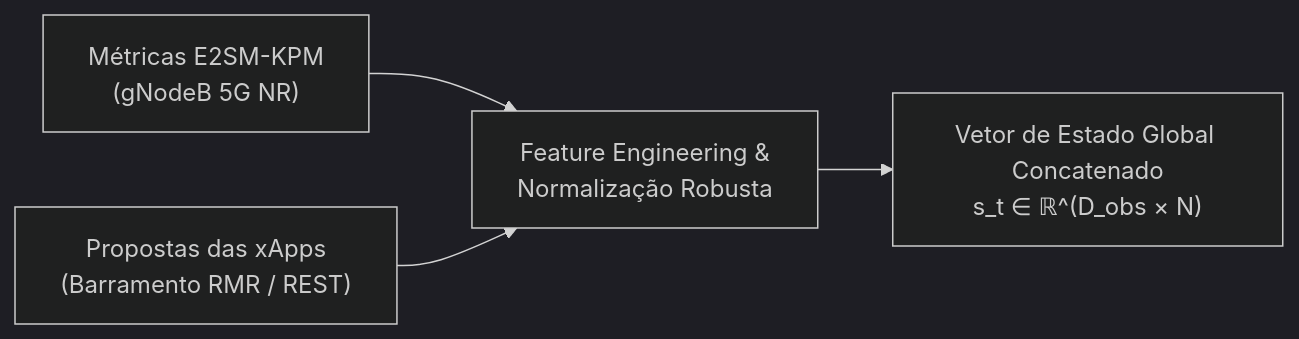
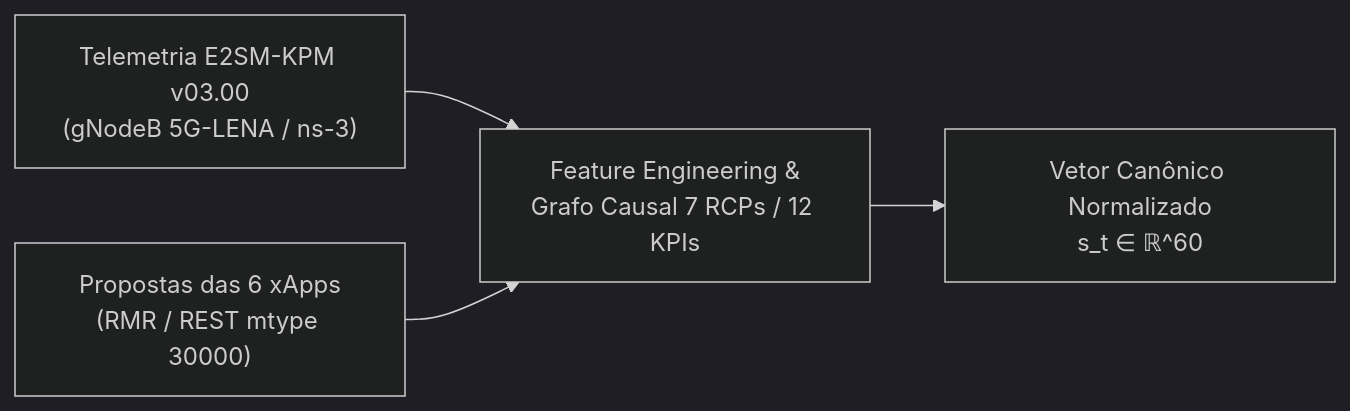
One commit to georgebarbosa3090/XApp-RDL-F2 changed the first of 4 diagrams in docs/01_arquitetura_e_modelagem_matematica.md. Above: the diagram before and after it, drawn with Mermaid (dark theme). The commit also changed other lines of this file and 45 other files, not shown here.

Commit message:
feat(docs,core,deploy): reorganize 17-volume docs sequence, purge mocks, fix container runtime lifecycle and rmr routing

````diff
--- a/docs/01_arquitetura_e_modelagem_matematica.md
+++ b/docs/01_arquitetura_e_modelagem_matematica.md
@@ -17,6 +18,6 @@
 ```mermaid
 flowchart LR
-    E2["Métricas E2SM-KPM<br/>(gNodeB 5G NR)"] --> FE["Feature Engineering &<br/>Normalização Robusta"]
-    XAPP_IN["Propostas das xApps<br/>(Barramento RMR / REST)"] --> FE
-    FE --> S_T["Vetor de Estado Global Concatenado<br/>s_t ∈ ℝ^(D_obs × N)"]
+    E2["Telemetria E2SM-KPM v03.00<br/>(gNodeB 5G-LENA / ns-3)"] --> FE["Feature Engineering &<br/>Grafo Causal 7 RCPs / 12 KPIs"]
+    XAPP_IN["Propostas das 6 xApps<br/>(RMR / REST mtype 30000)"] --> FE
+    FE --> S_T["Vetor Canônico Normalizado<br/>s_t ∈ ℝ^60"]
 ```
````
